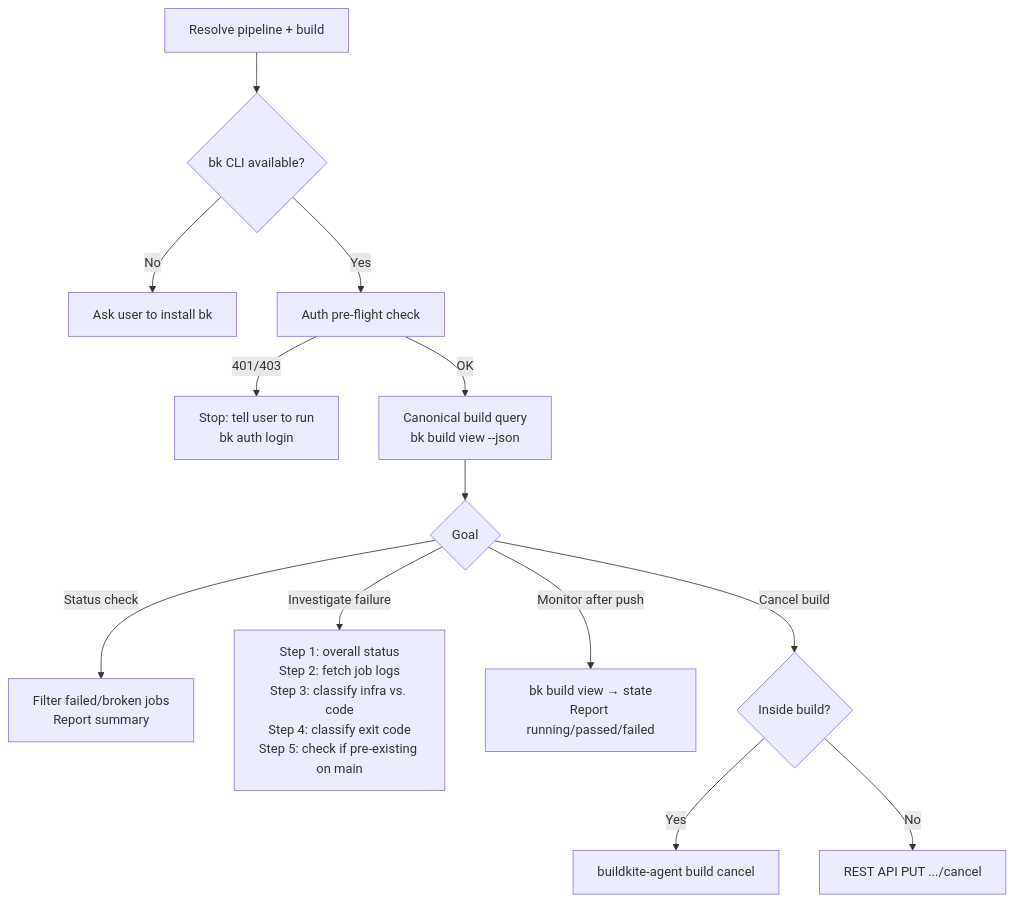
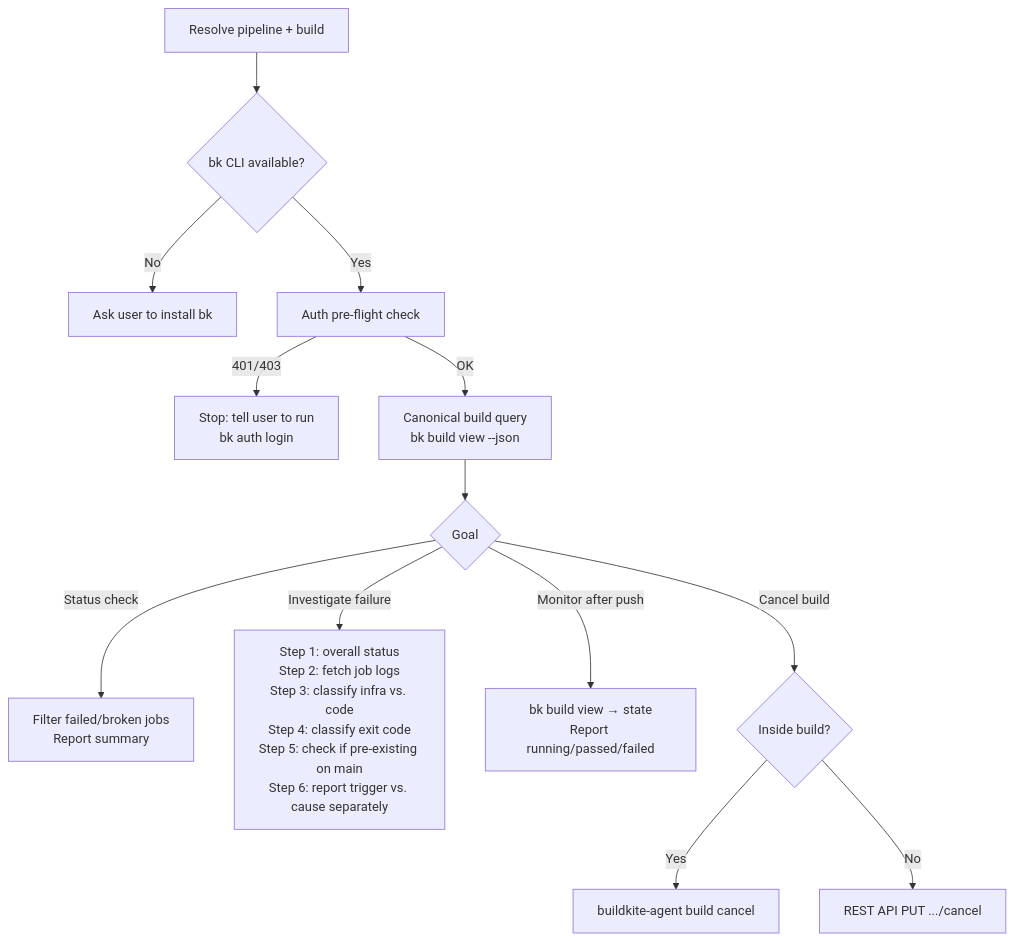
One commit to whizzzkid/skills changed the diagram in skills/buildkite/README.md. Above: the diagram before and after it, drawn with Mermaid. The commit also changed other lines of this file and 3 other files, not shown here.

First line of the commit message:
sharpen(buildkite): 🔬 separate trigger-vs-cause in CI failure reports

````diff
--- a/skills/buildkite/README.md
+++ b/skills/buildkite/README.md
@@ -16,15 +16,15 @@
 ```mermaid
 flowchart TD
     A[Resolve pipeline + build] --> B{bk CLI available?}
     B -->|No| C[Ask user to install bk]
     B -->|Yes| D[Auth pre-flight check]
     D -->|401/403| E[Stop: tell user to run<br/>bk auth login]
     D -->|OK| F[Canonical build query<br/>bk build view --json]
     F --> G{Goal}
     G -->|Status check| H[Filter failed/broken jobs<br/>Report summary]
-    G -->|Investigate failure| I[Step 1: overall status<br/>Step 2: fetch job logs<br/>Step 3: classify infra vs. code<br/>Step 4: classify exit code<br/>Step 5: check if pre-existing on main]
+    G -->|Investigate failure| I[Step 1: overall status<br/>Step 2: fetch job logs<br/>Step 3: classify infra vs. code<br/>Step 4: classify exit code<br/>Step 5: check if pre-existing on main<br/>Step 6: report trigger vs. cause separately]
     G -->|Monitor after push| J[bk build view → state<br/>Report running/passed/failed]
     G -->|Cancel build| K{Inside build?}
     K -->|Yes| L[buildkite-agent build cancel]
     K -->|No| M[REST API PUT .../cancel]
 ```
````
